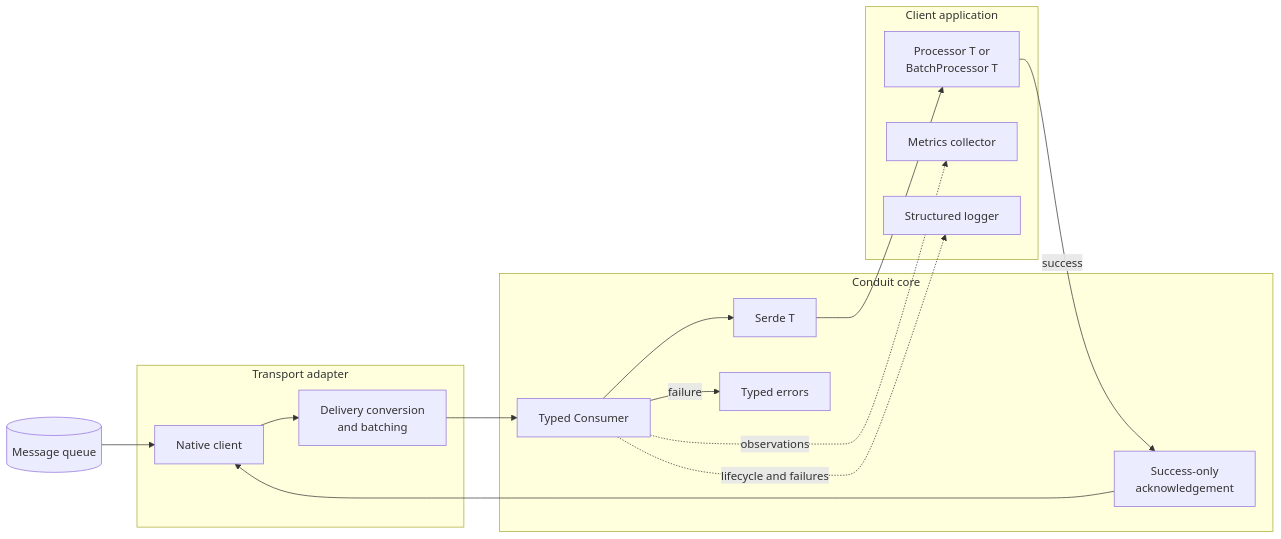
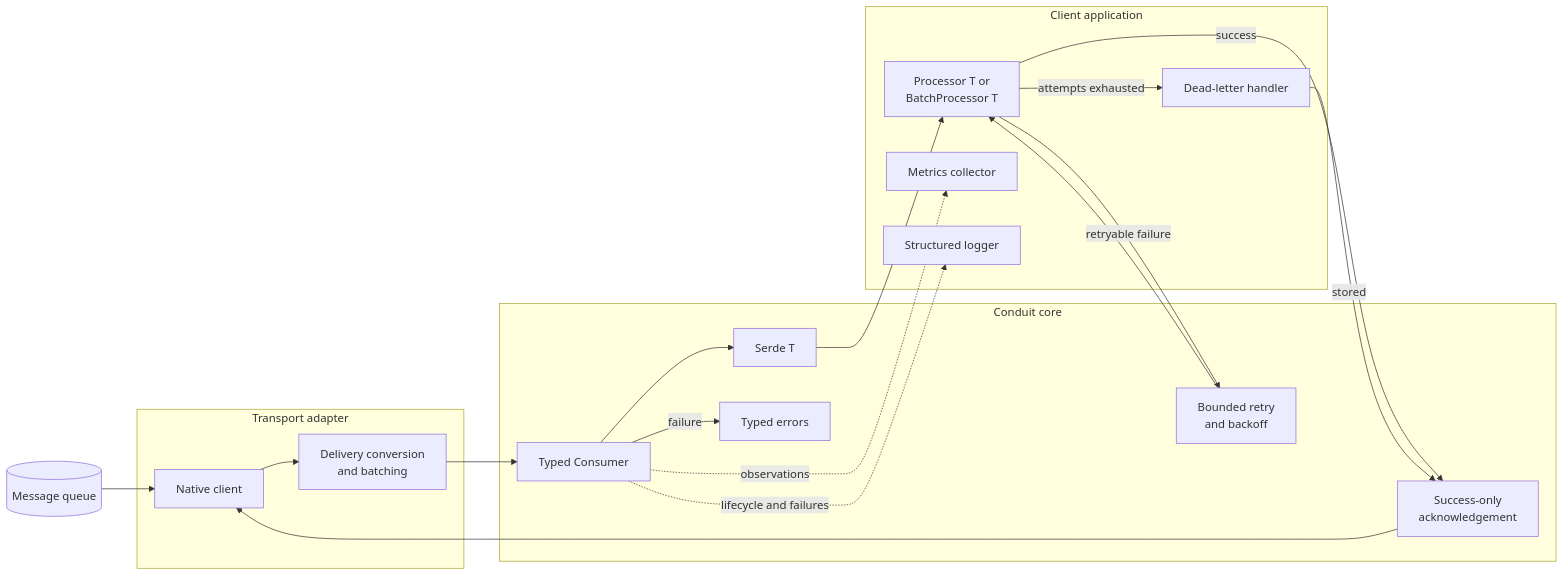
One commit to b2balram/conduit changed the diagram in docs/ARCHITECTURE.md. Above: the diagram before and after it, drawn with Mermaid. The commit also changed other lines of this file and 19 other files, not shown here.

````diff
--- a/docs/ARCHITECTURE.md
+++ b/docs/ARCHITECTURE.md
@@ -8,29 +8,33 @@
 ```mermaid
 flowchart LR
     MQ[(Message queue)]
 
     subgraph Adapter[Transport adapter]
         Client[Native client]
         Convert[Delivery conversion<br/>and batching]
     end
 
     subgraph Core[Conduit core]
         Consumer[Typed Consumer]
         Serde[Serde T]
+        Retry[Bounded retry<br/>and backoff]
         Policy[Success-only<br/>acknowledgement]
         Errors[Typed errors]
     end
 
     subgraph Application[Client application]
         Processor[Processor T or<br/>BatchProcessor T]
         Metrics[Metrics collector]
         Logger[Structured logger]
+        DLQ[Dead-letter handler]
     end
 
     MQ --> Client --> Convert --> Consumer
     Consumer --> Serde --> Processor
+    Processor -->|retryable failure| Retry --> Processor
     Processor -->|success| Policy --> Client
+    Processor -->|attempts exhausted| DLQ -->|stored| Policy
     Consumer -. observations .-> Metrics
     Consumer -. lifecycle and failures .-> Logger
     Consumer -->|failure| Errors
 ```
````
